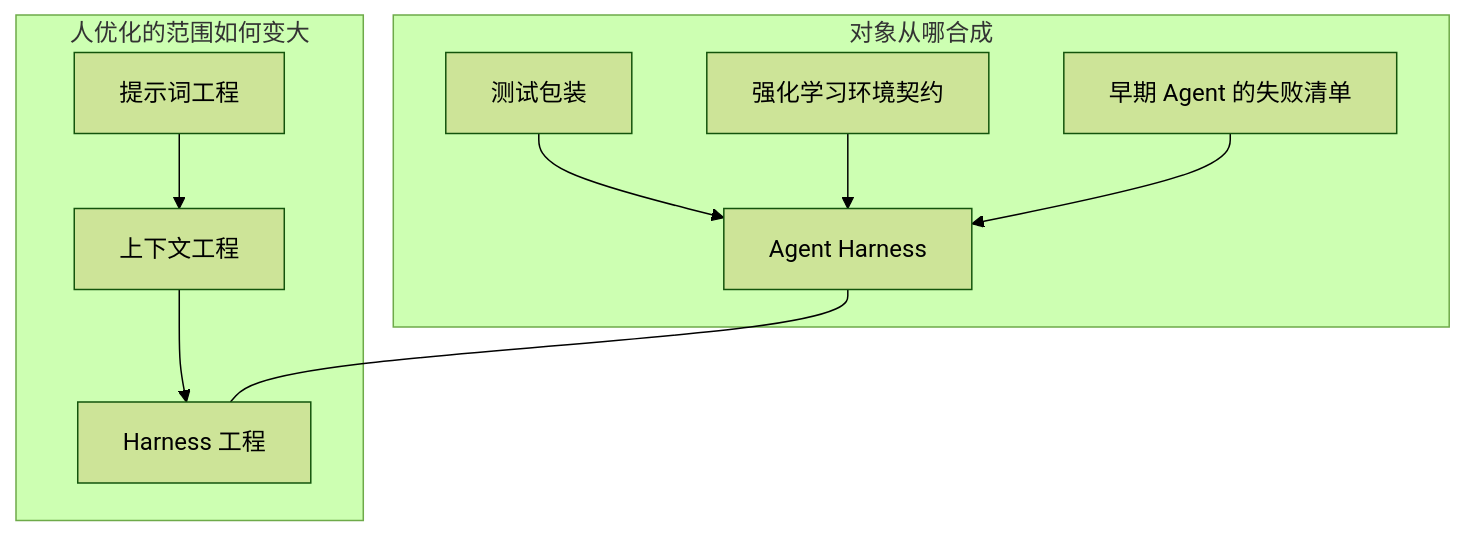
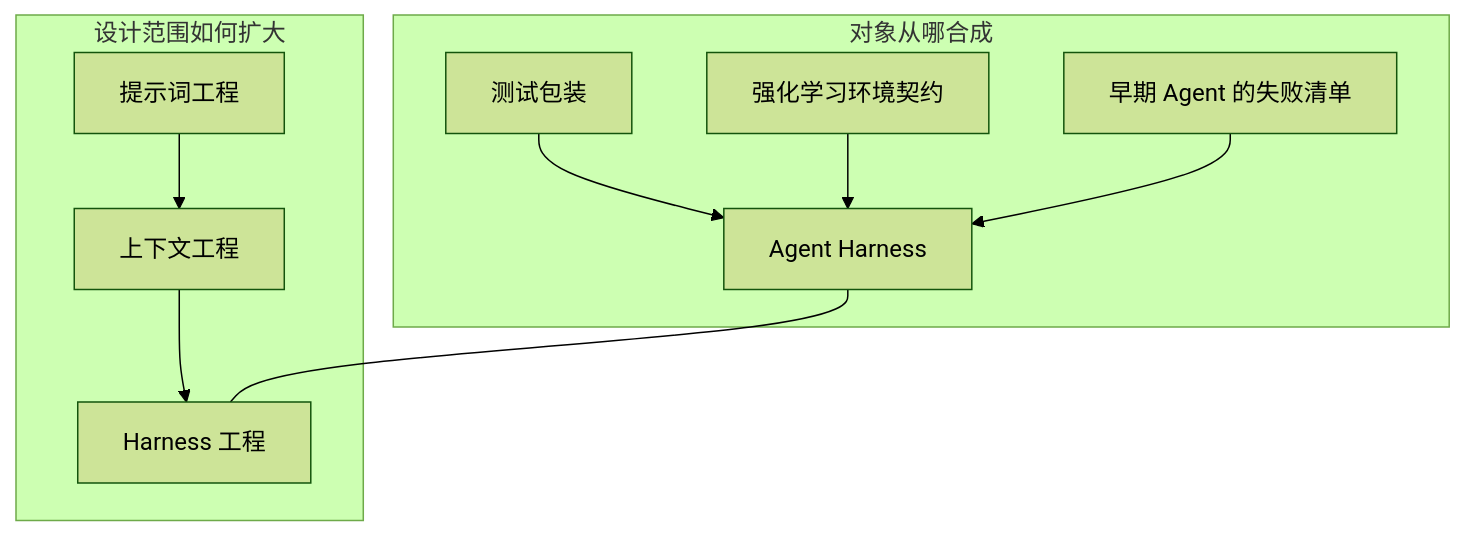
One commit to dwq370/Hands-On-Harness changed the first of 5 diagrams in 基础概念/Harness历史演进基本原理.md. Above: the diagram before and after it, drawn with Mermaid (forest theme). The commit also changed other lines of this file and 2 other files, not shown here.

````diff
--- a/基础概念/Harness历史演进基本原理.md
+++ b/基础概念/Harness历史演进基本原理.md
@@ -30,18 +32,18 @@
 ```mermaid
 flowchart TB
   subgraph lineages [对象从哪合成]
     testWrap[测试包装]
     gymContract[强化学习环境契约]
     earlyFail[早期 Agent 的失败清单]
     testWrap --> harnessObj[Agent Harness]
     gymContract --> harnessObj
     earlyFail --> harnessObj
   end
-  subgraph generations [人优化的范围如何变大]
+  subgraph generations [设计范围如何扩大]
     promptEra[提示词工程]
     contextEra[上下文工程]
     harnessEra[Harness 工程]
     promptEra --> contextEra --> harnessEra
   end
   harnessObj --- harnessEra
 ```
````
